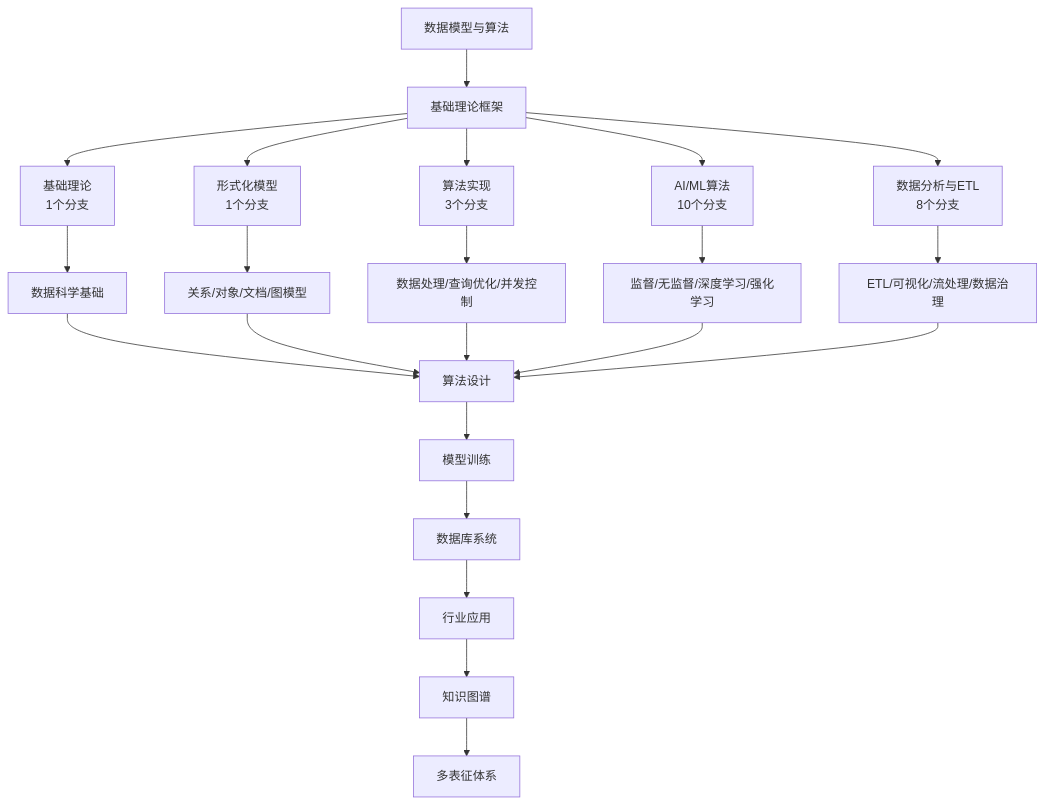
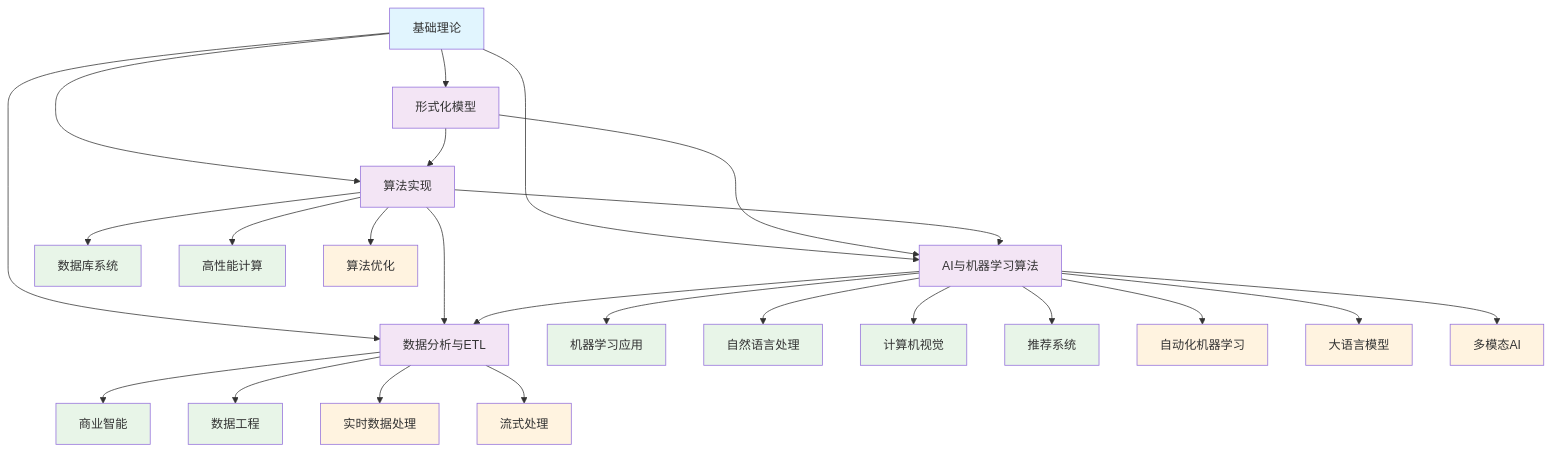
One commit to AdaMartin18010/Data-Science changed the diagram in Analysis/3-数据模型与算法/README.md. Above: the diagram before and after it, drawn with Mermaid. The commit also changed other lines of this file and 11 other files, not shown here.

````diff
--- a/Analysis/3-数据模型与算法/README.md
+++ b/Analysis/3-数据模型与算法/README.md
@@ -29,22 +54,46 @@
 ```mermaid
-flowchart TD
-  A[数据模型与算法] --> B[基础理论框架]
-  B --> C1[基础理论<br/>1个分支]
-  B --> C2[形式化模型<br/>1个分支]
-  B --> C3[算法实现<br/>3个分支]
-  B --> C4[AI/ML算法<br/>10个分支]
-  B --> C5[数据分析与ETL<br/>8个分支]
-  
-  C1 --> D[数据科学基础]
-  C2 --> E[关系/对象/文档/图模型]
-  C3 --> F[数据处理/查询优化/并发控制]
-  C4 --> G[监督/无监督/深度学习/强化学习]
-  C5 --> H[ETL/可视化/流处理/数据治理]
-  
-  D & E & F & G & H --> I[算法设计]
-  I --> J[模型训练]
-  J --> K[数据库系统]
-  K --> L[行业应用]
-  L --> M[知识图谱]
-  M --> N[多表征体系]
+graph TB
+    %% 基础层
+    Foundation[基础理论] --> Formal[形式化模型]
+    Foundation --> Algorithm[算法实现]
+    Foundation --> AI[AI与机器学习算法]
+    Foundation --> ETL[数据分析与ETL]
+    
+    %% 理论层交互
+    Formal --> Algorithm
+    Formal --> AI
+    Algorithm --> AI
+    Algorithm --> ETL
+    AI --> ETL
+    
+    %% 应用层
+    Algorithm --> Database[数据库系统]
+    Algorithm --> HighPerf[高性能计算]
+    AI --> ML[机器学习应用]
+    AI --> NLP[自然语言处理]
+    AI --> CV[计算机视觉]
+    AI --> RecSys[推荐系统]
+    ETL --> BI[商业智能]
+    ETL --> DataEng[数据工程]
+    
+    %% 交叉领域
+    AI --> AutoML[自动化机器学习]
+    ETL --> RealTime[实时数据处理]
+    Algorithm --> Optimization[算法优化]
+    
+    %% 新兴技术
+    AI --> LLM[大语言模型]
+    AI --> Multimodal[多模态AI]
+    ETL --> Streaming[流式处理]
+    
+    %% 样式
+    classDef foundation fill:#e1f5fe
+    classDef core fill:#f3e5f5
+    classDef application fill:#e8f5e8
+    classDef emerging fill:#fff3e0
+    
+    class Foundation foundation
+    class Formal,Algorithm,AI,ETL core
+    class Database,HighPerf,ML,NLP,CV,RecSys,BI,DataEng application
+    class AutoML,RealTime,Optimization,LLM,Multimodal,Streaming emerging
 ```
````
